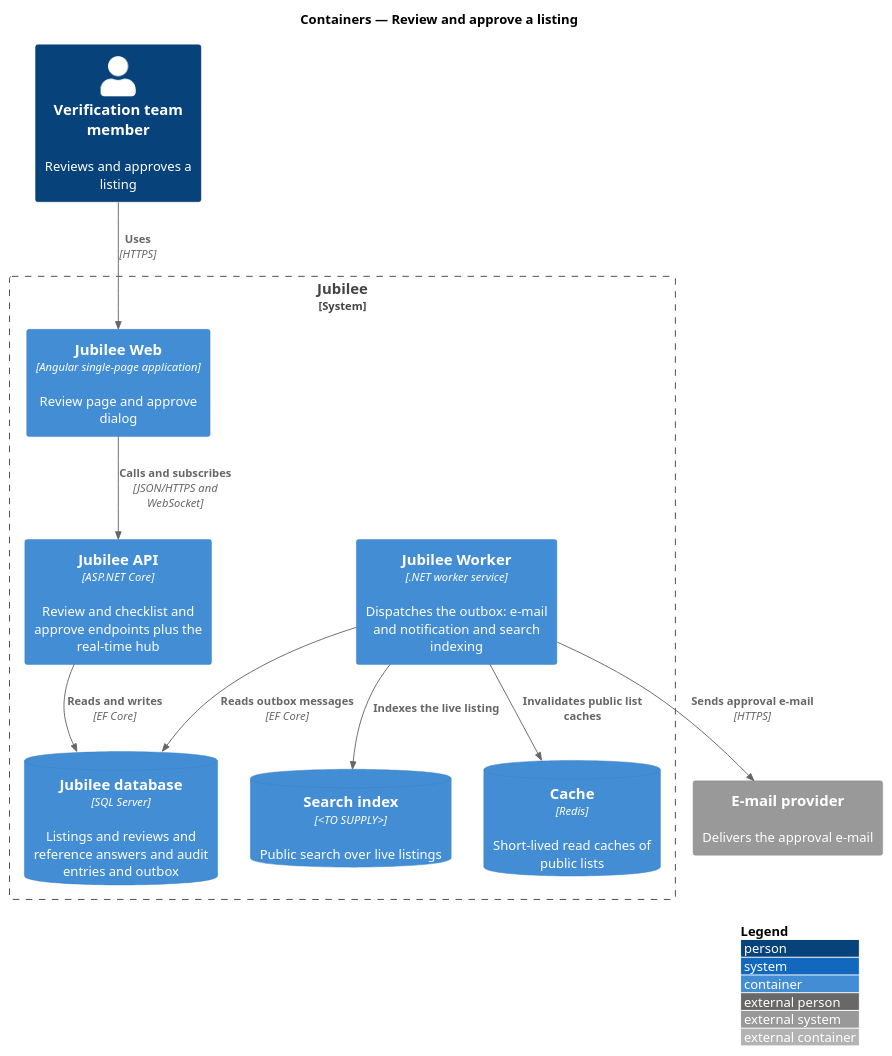
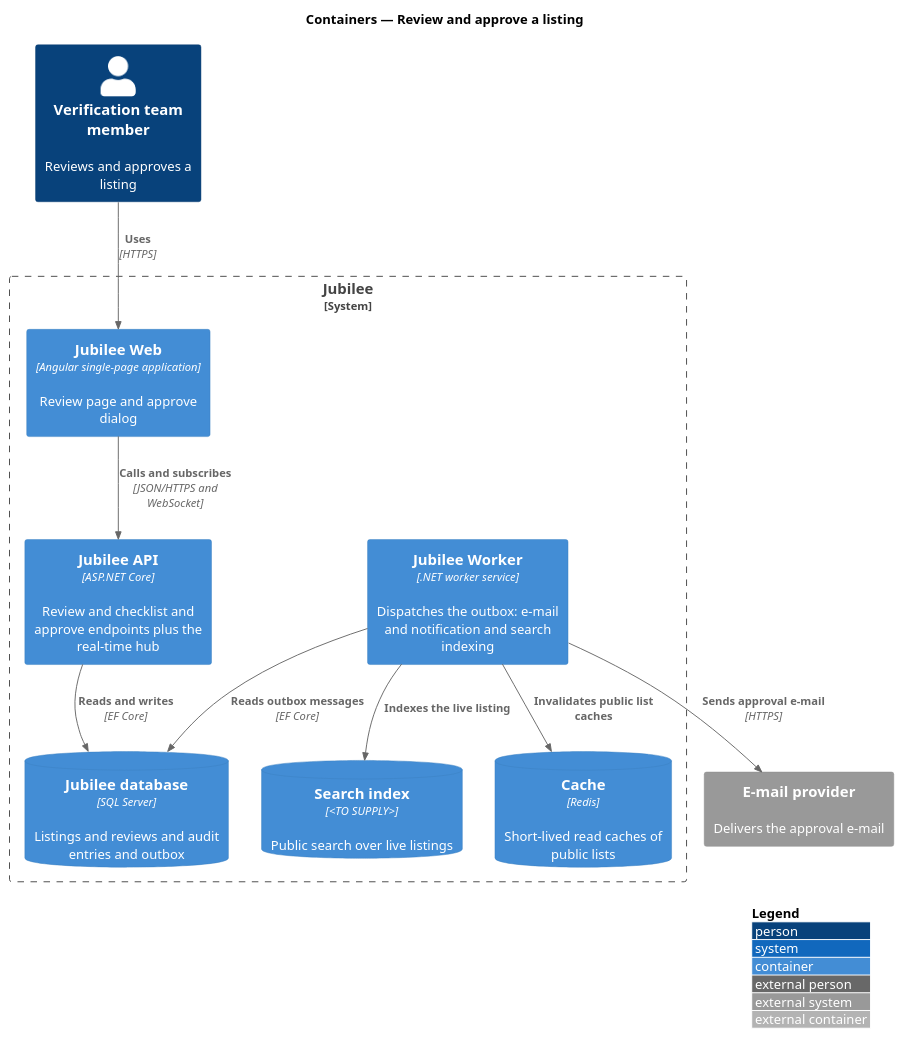
One commit to QuinntyneBrown/jubilee changed the diagram in docs/detailed-designs/verification/review-and-approve-listing/diagrams/c4-container.puml. Above: the diagram before and after it, drawn with PlantUML. The commit also changed 333 other files, not shown here.

```diff
--- a/docs/detailed-designs/verification/review-and-approve-listing/diagrams/c4-container.puml
+++ b/docs/detailed-designs/verification/review-and-approve-listing/diagrams/c4-container.puml
@@ -1,23 +1,23 @@
 @startuml
 !include <C4/C4_Container>
 LAYOUT_WITH_LEGEND()
 title Containers — Review and approve a listing
 Person(verifier, "Verification team member", "Reviews and approves a listing")
 System_Boundary(jubilee, "Jubilee") {
   Container(web, "Jubilee Web", "Angular single-page application", "Review page and approve dialog")
   Container(api, "Jubilee API", "ASP.NET Core", "Review and checklist and approve endpoints plus the real-time hub")
   Container(worker, "Jubilee Worker", ".NET worker service", "Dispatches the outbox: e-mail and notification and search indexing")
-  ContainerDb(db, "Jubilee database", "SQL Server", "Listings and reviews and reference answers and audit entries and outbox")
+  ContainerDb(db, "Jubilee database", "SQL Server", "Listings and reviews and audit entries and outbox")
   ContainerDb(search, "Search index", "<TO SUPPLY>", "Public search over live listings")
   ContainerDb(cache, "Cache", "Redis", "Short-lived read caches of public lists")
 }
 System_Ext(email, "E-mail provider", "Delivers the approval e-mail")
 
 Rel(verifier, web, "Uses", "HTTPS")
 Rel(web, api, "Calls and subscribes", "JSON/HTTPS and WebSocket")
 Rel(api, db, "Reads and writes", "EF Core")
 Rel(worker, db, "Reads outbox messages", "EF Core")
 Rel(worker, search, "Indexes the live listing")
 Rel(worker, cache, "Invalidates public list caches")
 Rel(worker, email, "Sends approval e-mail", "HTTPS")
 @enduml
```
